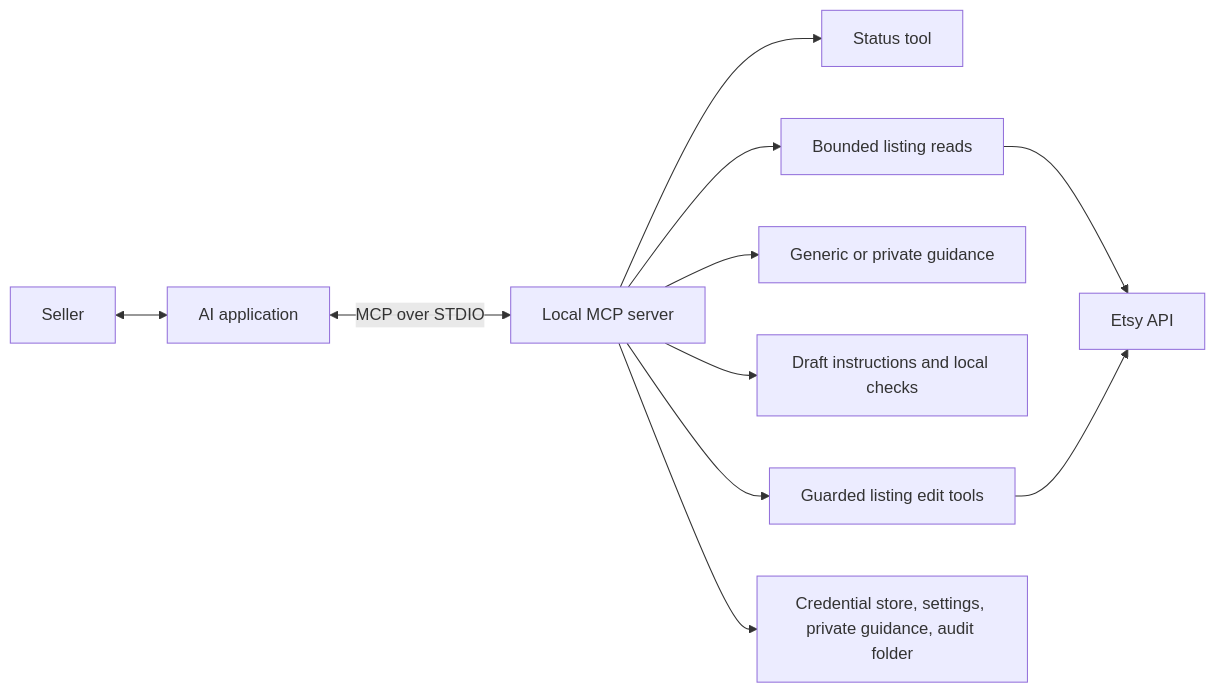
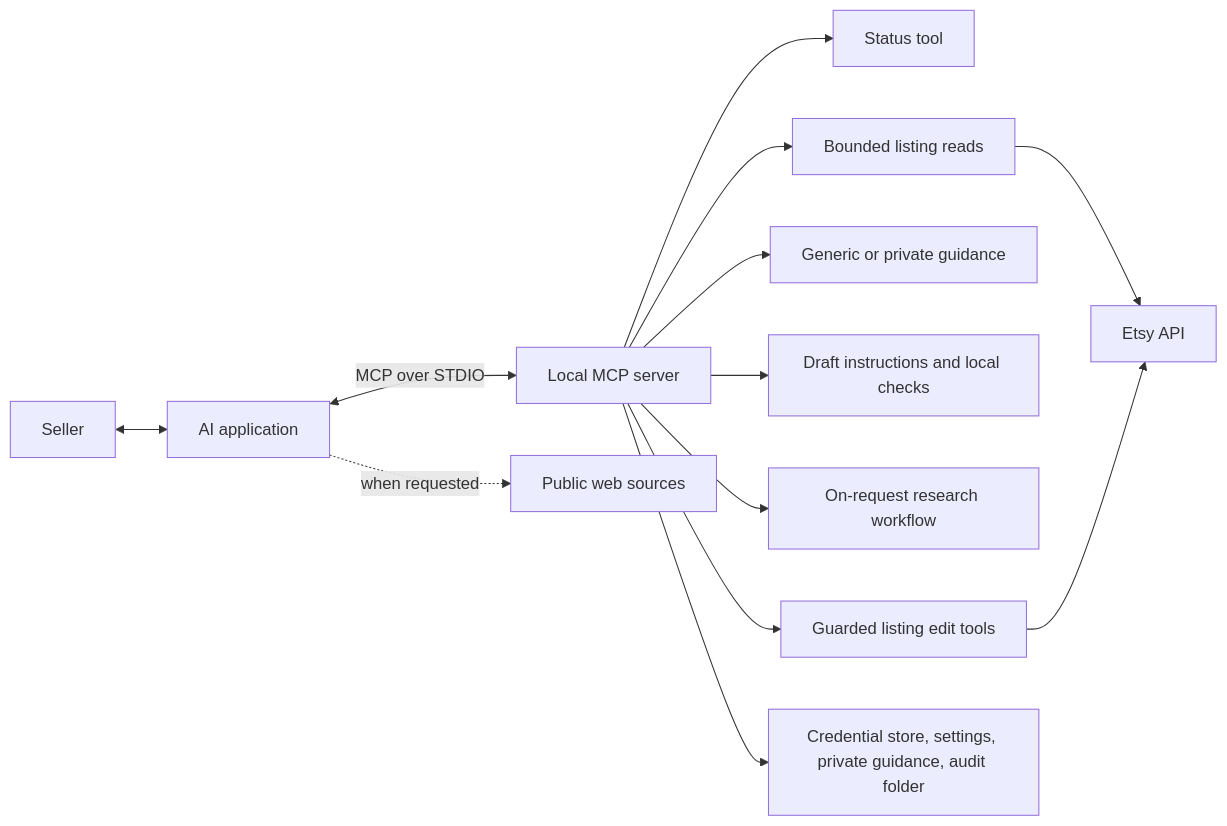
The first of 2 diagrams in docs/architecture.md (stevenfarmer/etsySellerAssistant), drawn with Mermaid before and after one commit. The commit also changed other lines of this file and 8 other files, not shown here.

Commit message:
Add on-request market research guidance

````diff
--- a/docs/architecture.md
+++ b/docs/architecture.md
@@ -7,13 +7,15 @@
 ```mermaid
 flowchart LR
     Person[Seller] <--> App[AI application]
     App <-->|MCP over STDIO| Server[Local MCP server]
     Server --> Status[Status tool]
     Server --> Read[Bounded listing reads]
     Server --> Guidance[Generic or private guidance]
     Server --> Draft[Draft instructions and local checks]
+    Server --> Research[On-request research workflow]
     Server --> Edit[Guarded listing edit tools]
     Read --> Etsy[Etsy API]
     Edit --> Etsy
+    App -. when requested .-> Web[Public web sources]
     Server --> Local[Credential store, settings, private guidance, audit folder]
 ```
````
